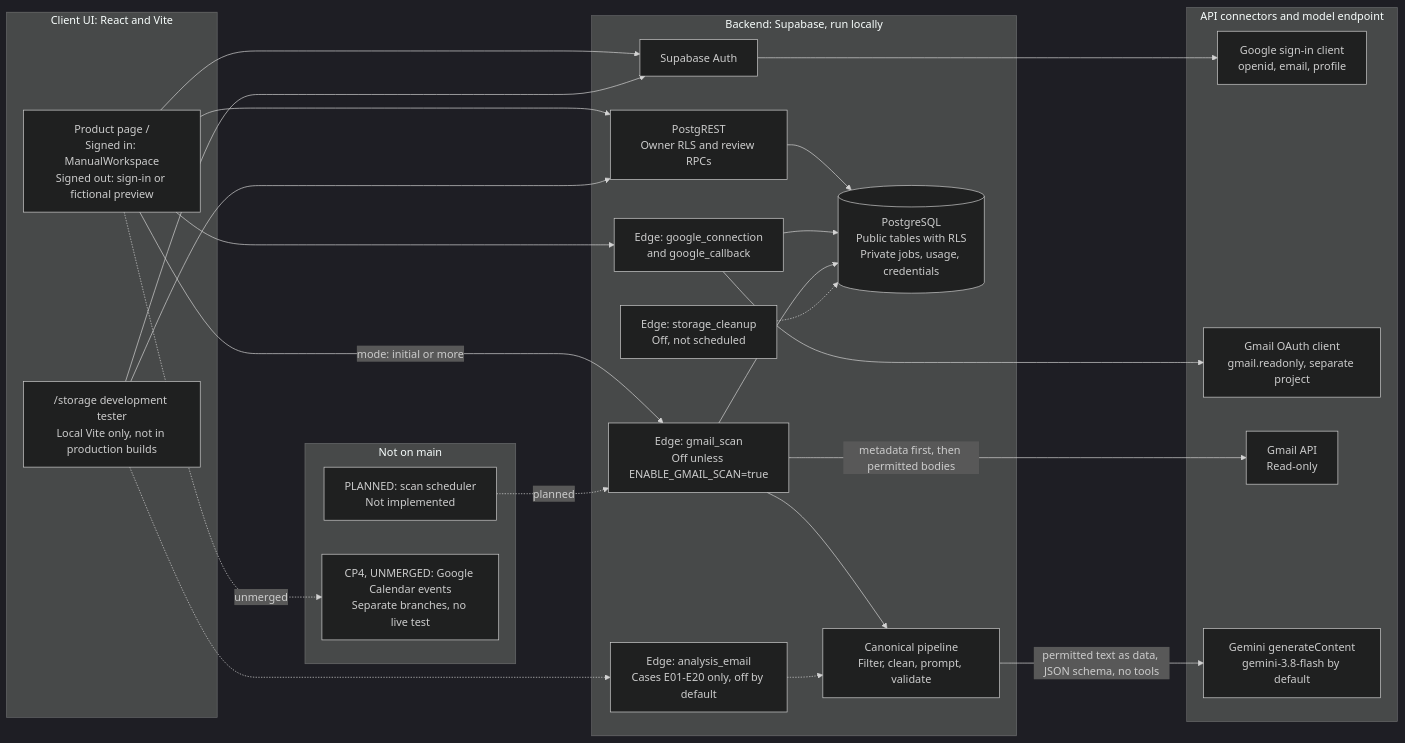
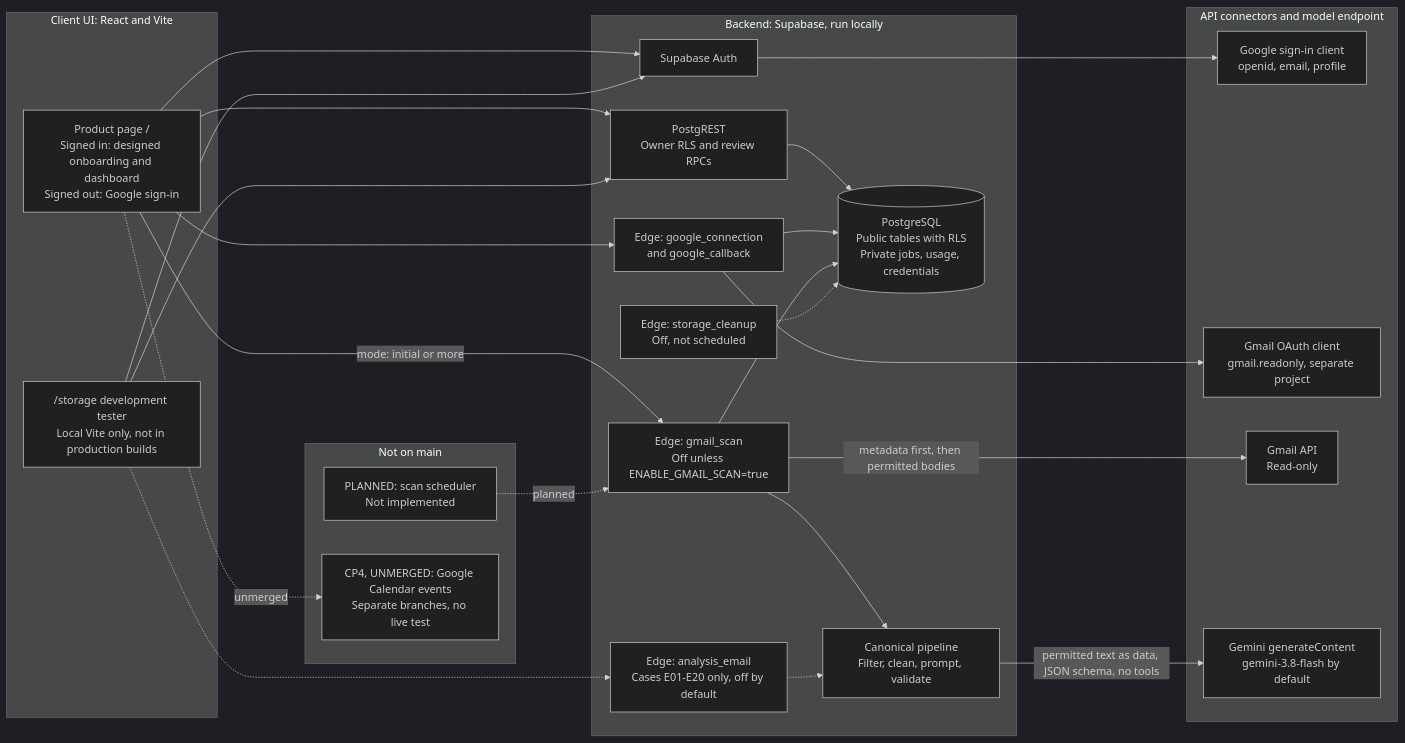
One commit to saniashah012/InboxToTask changed the first of 2 diagrams in Checkpoint 3/docs/architecture.md. Above: the diagram before and after it, drawn with Mermaid (dark theme). The commit also changed other lines of this file and 6 other files, not shown here.

First line of the commit message:
Remove the fictional preview so the designed screens run only on real data

````diff
--- a/Checkpoint 3/docs/architecture.md
+++ b/Checkpoint 3/docs/architecture.md
@@ -21,50 +21,50 @@
 ```mermaid
 flowchart LR
   subgraph Client["Client UI: React and Vite"]
-    Product["Product page /<br/>Signed in: ManualWorkspace<br/>Signed out: sign-in or fictional preview"]
+    Product["Product page /<br/>Signed in: designed onboarding and dashboard<br/>Signed out: Google sign-in"]
     Dev["/storage development tester<br/>Local Vite only, not in production builds"]
   end
 
   subgraph Backend["Backend: Supabase, run locally"]
     Auth["Supabase Auth"]
     Rest["PostgREST<br/>Owner RLS and review RPCs"]
     Connect["Edge: google_connection<br/>and google_callback"]
     Scan["Edge: gmail_scan<br/>Off unless ENABLE_GMAIL_SCAN=true"]
     Pipeline["Canonical pipeline<br/>Filter, clean, prompt, validate"]
     Fixture["Edge: analysis_email<br/>Cases E01-E20 only, off by default"]
     Cleanup["Edge: storage_cleanup<br/>Off, not scheduled"]
     DB[("PostgreSQL<br/>Public tables with RLS<br/>Private jobs, usage, credentials")]
   end
 
   subgraph External["API connectors and model endpoint"]
     SignIn["Google sign-in client<br/>openid, email, profile"]
     GmailOAuth["Gmail OAuth client<br/>gmail.readonly, separate project"]
     GmailAPI["Gmail API<br/>Read-only"]
     Gemini["Gemini generateContent<br/>gemini-3.8-flash by default"]
   end
 
   subgraph Absent["Not on main"]
     Scheduler["PLANNED: scan scheduler<br/>Not implemented"]
     Calendar["CP4, UNMERGED: Google Calendar events<br/>Separate branches, no live test"]
   end
 
   Product --> Auth
   Dev --> Auth
   Auth --> SignIn
   Product --> Rest
   Dev --> Rest
   Rest --> DB
   Product --> Connect
   Connect --> GmailOAuth
   Connect --> DB
   Product -- "mode: initial or more" --> Scan
   Scan --> DB
   Scan -- "metadata first, then permitted bodies" --> GmailAPI
   Scan --> Pipeline
   Pipeline -- "permitted text as data, JSON schema, no tools" --> Gemini
   Dev -.-> Fixture
   Fixture -.-> Pipeline
   Cleanup -.-> DB
   Scheduler -. "planned" .-> Scan
   Product -. "unmerged" .-> Calendar
 ```
````
